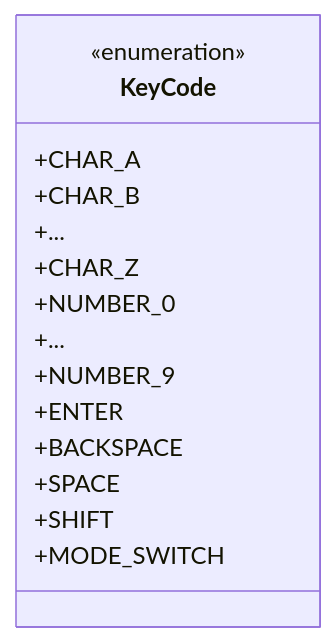
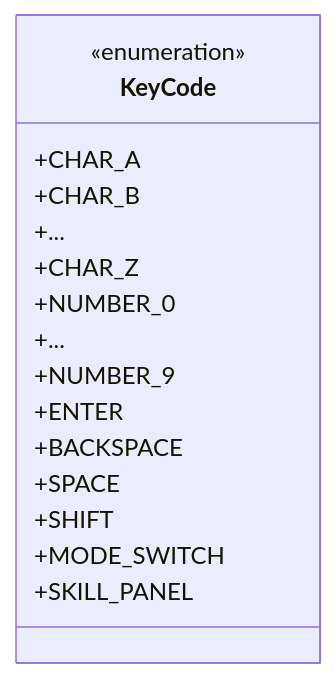
The sixth of 10 diagrams in .qoder/repowiki/zh/content/键盘实现/键盘实现.md (qiaodashaoye/ziyou-ime), drawn with Mermaid before and after one commit. The commit also changed other lines of this file and 28 other files, not shown here.

````diff
--- a/.qoder/repowiki/zh/content/键盘实现/键盘实现.md
+++ b/.qoder/repowiki/zh/content/键盘实现/键盘实现.md
@@ -294,18 +328,19 @@
 ```mermaid
 classDiagram
 class KeyCode {
 <<enumeration>>
 +CHAR_A
 +CHAR_B
 +...
 +CHAR_Z
 +NUMBER_0
 +...
 +NUMBER_9
 +ENTER
 +BACKSPACE
 +SPACE
 +SHIFT
 +MODE_SWITCH
++SKILL_PANEL
 }
 ```
````
